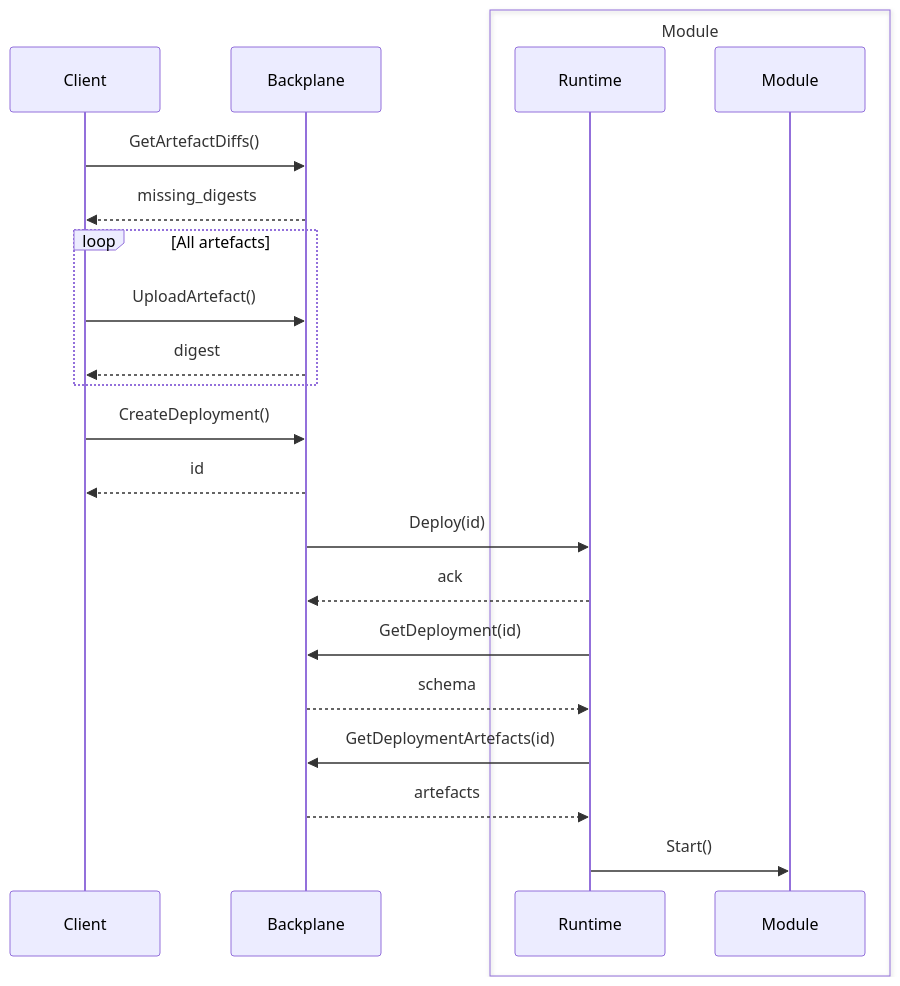
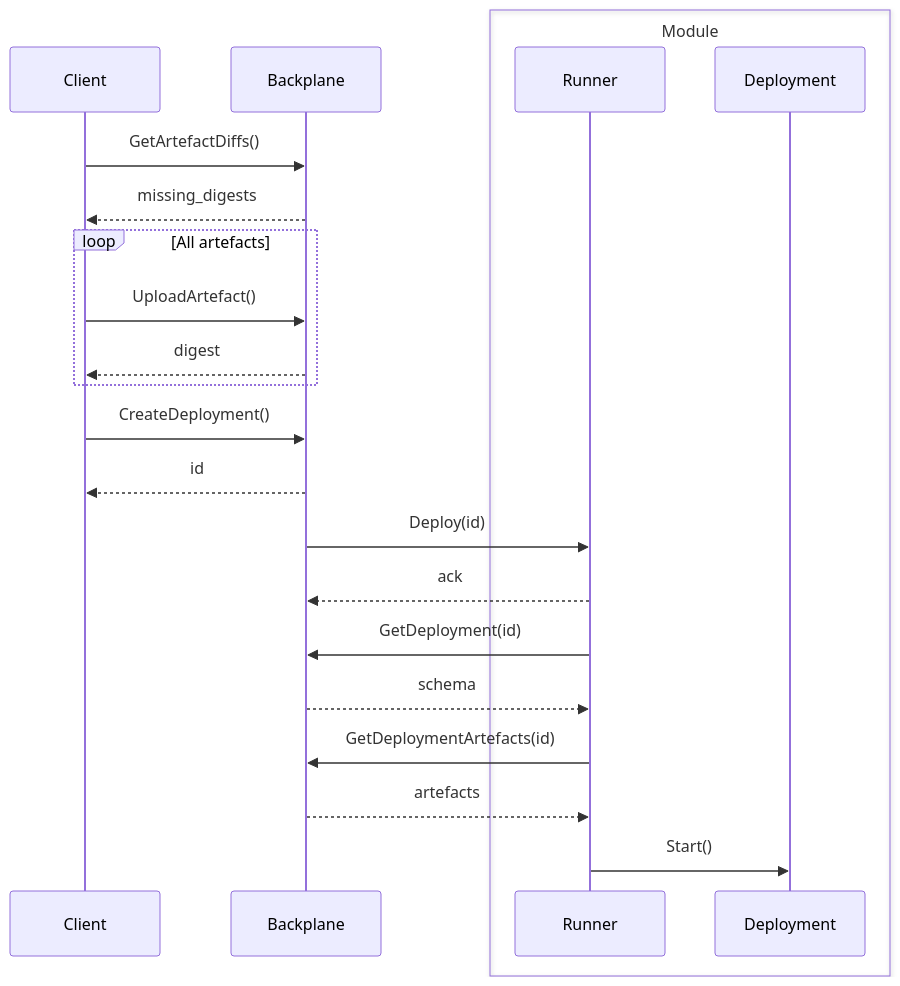
One commit to TBD54566975/ftl changed the second of 3 diagrams in ARCHITECTURE.md. Above: the diagram before and after it, drawn with Mermaid. The commit also changed other lines of this file, not shown here.

````diff
--- a/ARCHITECTURE.md
+++ b/ARCHITECTURE.md
@@ -27,25 +27,25 @@
 ```mermaid
 sequenceDiagram
   participant C as Client
   participant B as Backplane
   box Module
-    participant R as Runtime
-    participant M as Module
+    participant R as Runner
+    participant M as Deployment
   end
 
   C ->> B: GetArtefactDiffs()
   B -->> C: missing_digests
   loop All artefacts
     C ->> B: UploadArtefact()
     B -->> C: digest
   end
   C ->> B: CreateDeployment()
   B -->> C: id
   B ->> R: Deploy(id)
   R -->> B: ack
   R ->> B: GetDeployment(id)
   B -->> R: schema
   R ->> B: GetDeploymentArtefacts(id)
   B -->> R: artefacts
   R ->> M: Start()
 ```
````
